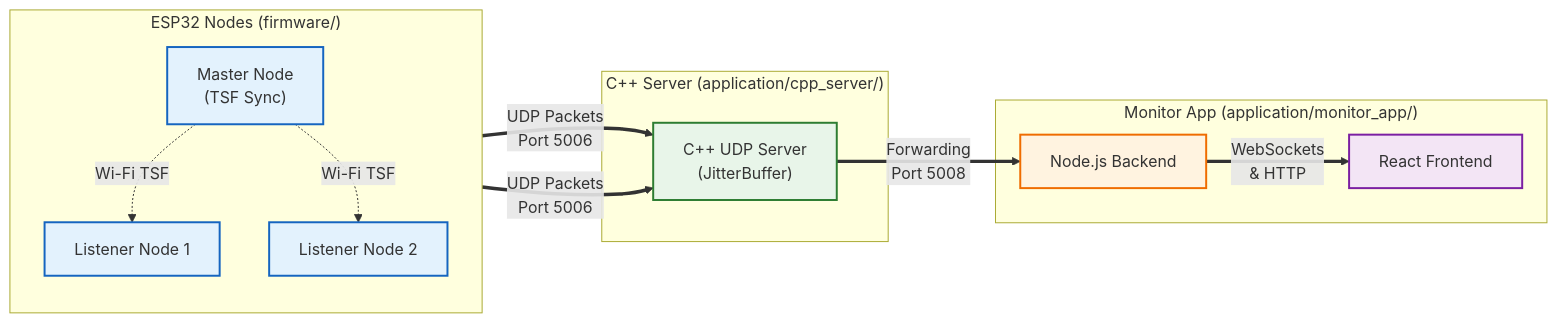
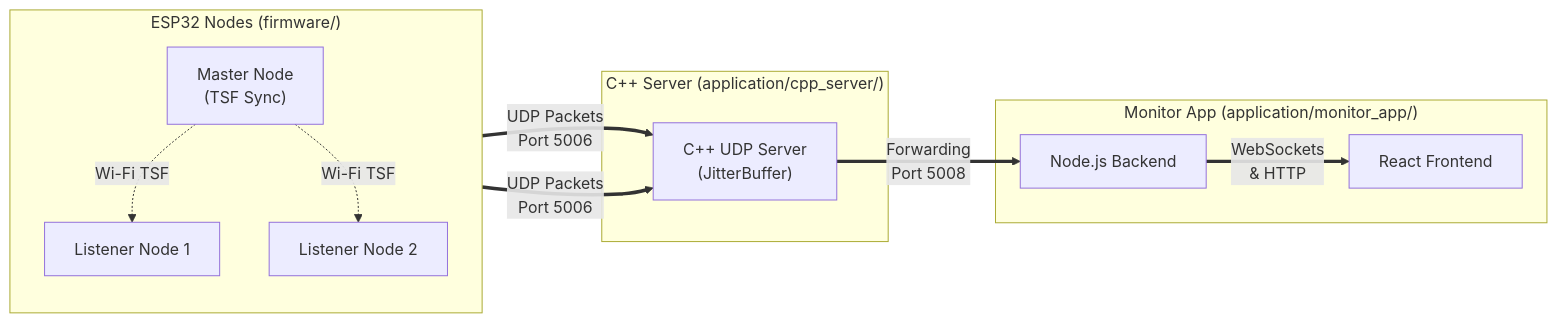
The diagram in README.md (LauriAlanen/locustracer), drawn with Mermaid before and after one commit. The commit also changed 3 other files, not shown here.

Commit message:
Configure MkDocs deployment and fix diagram contrast

````diff
--- a/README.md
+++ b/README.md
@@ -9,32 +9,22 @@
 ```mermaid
 flowchart LR
     subgraph ESP ["ESP32 Nodes (firmware/)"]
         direction TB
         Master["Master Node<br/>(TSF Sync)"] -. "Wi-Fi TSF" .-> Listener1["Listener Node 1"]
         Master -. "Wi-Fi TSF" .-> Listener2["Listener Node 2"]
     end
 
     subgraph Server ["C++ Server (application/cpp_server/)"]
         CPP["C++ UDP Server<br/>(JitterBuffer)"]
     end
 
     subgraph Monitor ["Monitor App (application/monitor_app/)"]
         NodeJS["Node.js Backend"]
         ReactUI["React Frontend"]
     end
 
     Listener1 == "UDP Packets<br/>Port 5006" ==> CPP
     Listener2 == "UDP Packets<br/>Port 5006" ==> CPP
     CPP == "Forwarding<br/>Port 5008" ==> NodeJS
     NodeJS == "WebSockets<br/>& HTTP" ==> ReactUI
-    
-    classDef esp fill:#e3f2fd,stroke:#1565c0,stroke-width:2px;
-    classDef cpp fill:#e8f5e9,stroke:#2e7d32,stroke-width:2px;
-    classDef node fill:#fff3e0,stroke:#ef6c00,stroke-width:2px;
-    classDef react fill:#f3e5f5,stroke:#7b1fa2,stroke-width:2px;
-    
-    class Master,Listener1,Listener2 esp;
-    class CPP cpp;
-    class NodeJS node;
-    class ReactUI react;
 ```
````
